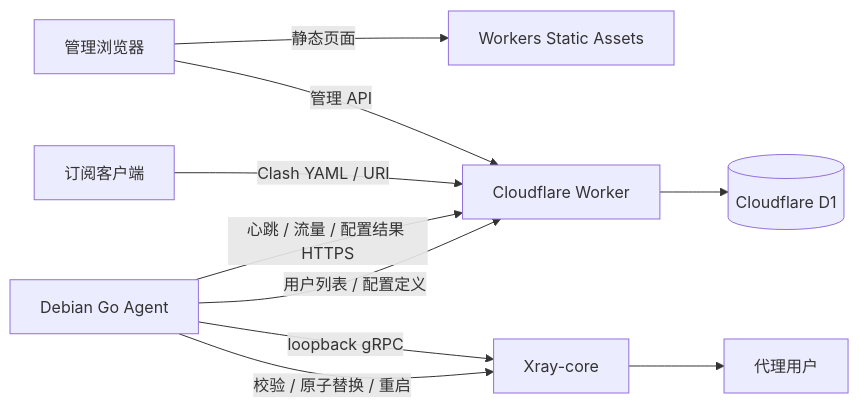
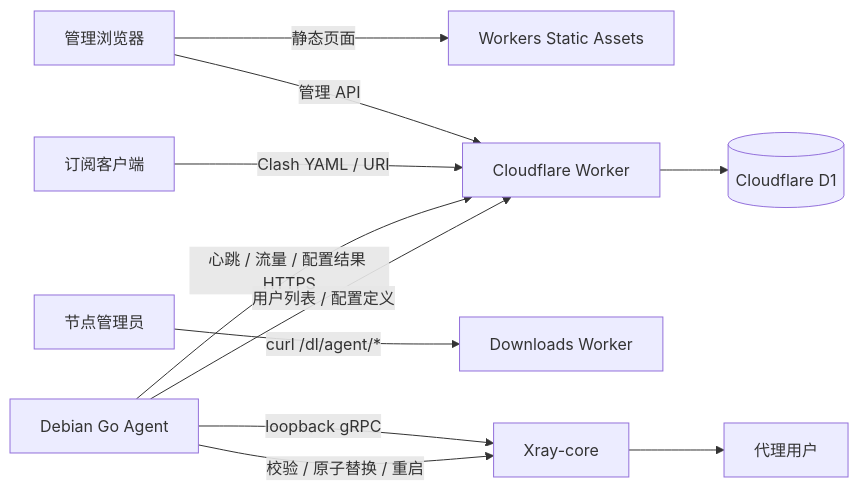
The diagram in docs/architecture.md (CrKcel/Zako-Panel), drawn with Mermaid before and after one commit. The commit also changed other lines of this file and 23 other files, not shown here.

````diff
--- a/docs/architecture.md
+++ b/docs/architecture.md
@@ -71,12 +73,13 @@
 ```mermaid
 flowchart LR
     Browser[管理浏览器] -->|静态页面| Assets[Workers Static Assets]
     Browser -->|管理 API| Worker[Cloudflare Worker]
     Client[订阅客户端] -->|Clash YAML / URI| Worker
+    NodeAdmin[节点管理员] -->|curl /dl/agent/*| Downloads[Downloads Worker]
     Worker --> D1[(Cloudflare D1)]
     Agent[Debian Go Agent] -->|心跳 / 流量 / 配置结果 HTTPS| Worker
     Agent -->|用户列表 / 配置定义| Worker
     Agent -->|loopback gRPC| Xray[Xray-core]
     Agent -->|校验 / 原子替换 / 重启| Xray
     Xray --> Users[代理用户]
 ```
````
